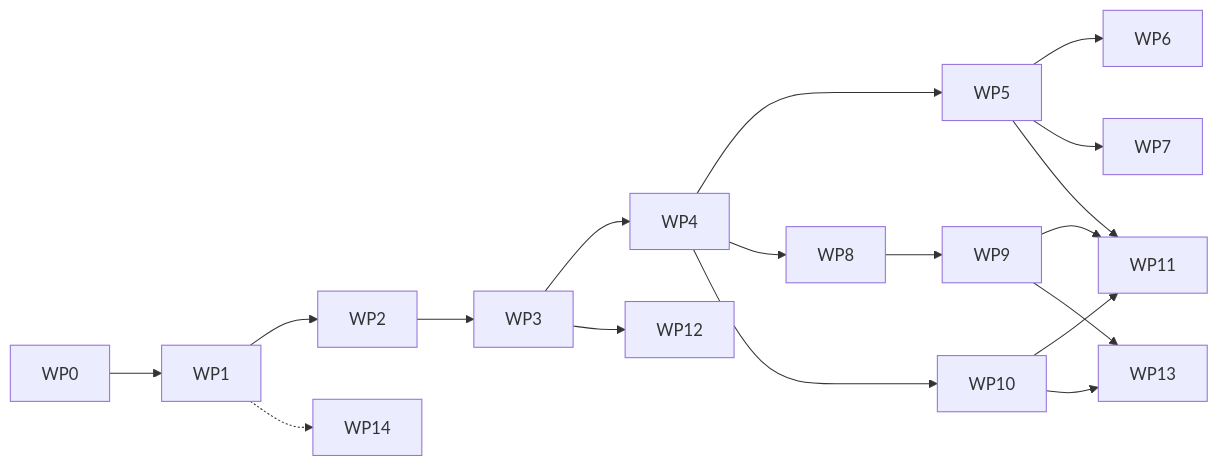
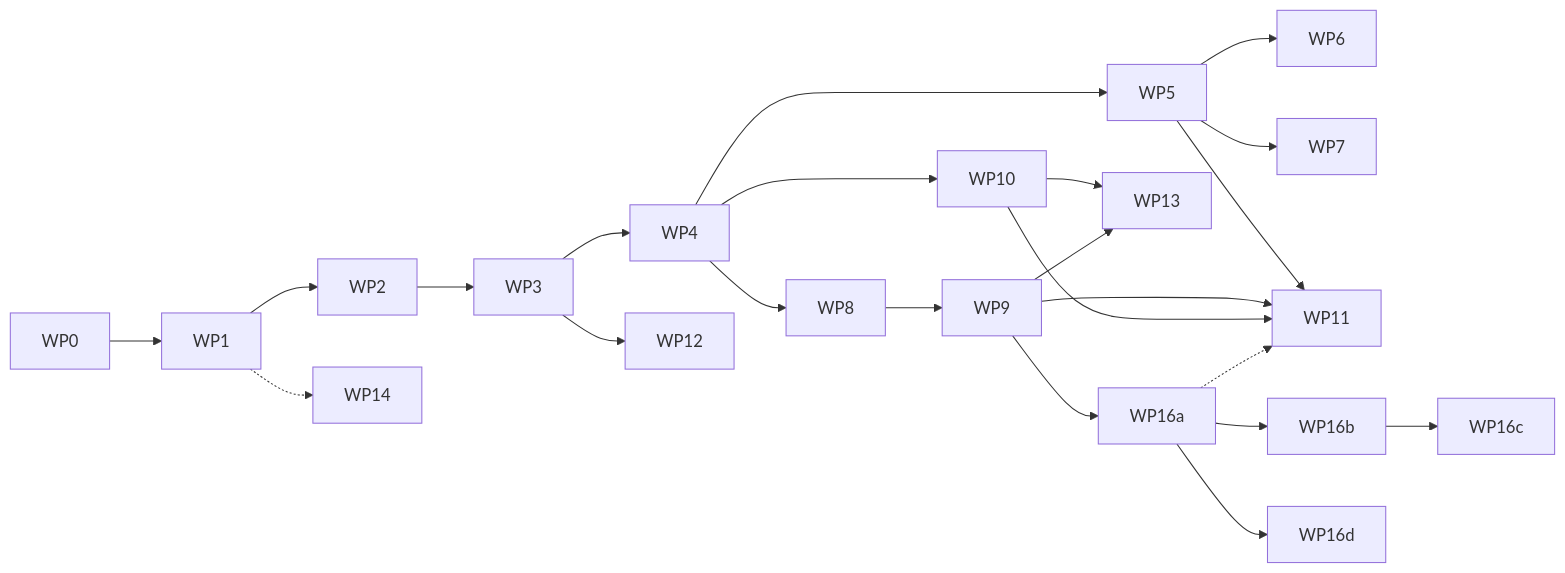
One commit to kreczmans-creator/repforge changed the diagram in docs/wp0/D06-work-package-roadmap.md. Above: the diagram before and after it, drawn with Mermaid. The commit also changed other lines of this file and 8 other files, not shown here.

````diff
--- a/docs/wp0/D06-work-package-roadmap.md
+++ b/docs/wp0/D06-work-package-roadmap.md
@@ -9,12 +9,15 @@
 ```mermaid
 flowchart LR
   WP0 --> WP1 --> WP2 --> WP3 --> WP4
   WP4 --> WP5 --> WP6
   WP5 --> WP7
   WP4 --> WP8 --> WP9
   WP4 --> WP10
   WP5 & WP9 & WP10 --> WP11
   WP3 --> WP12
   WP10 & WP9 --> WP13
+  WP9 --> WP16a --> WP16b --> WP16c
+  WP16a --> WP16d
+  WP16a -.-> WP11
   WP1 -.-> WP14
 ```
````
